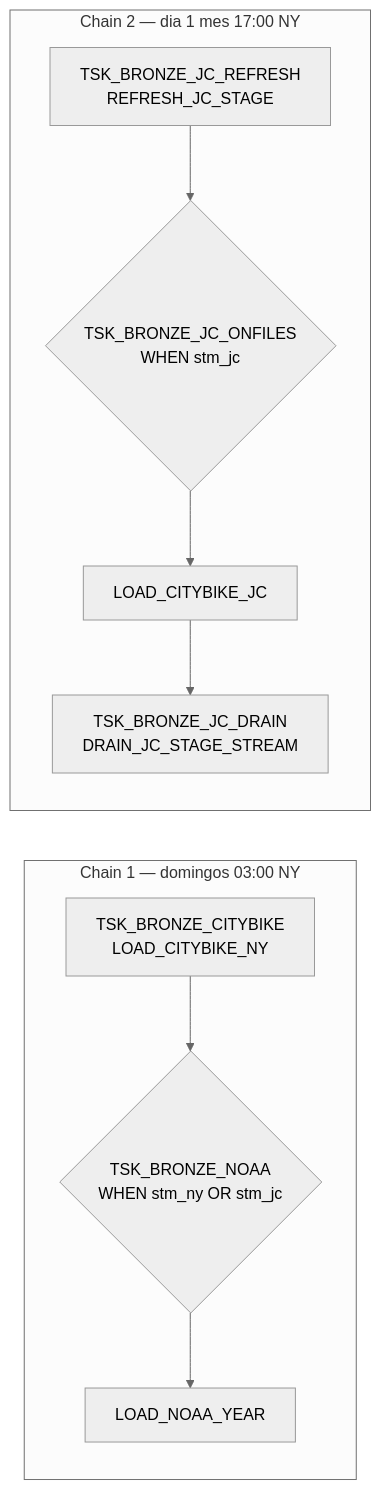
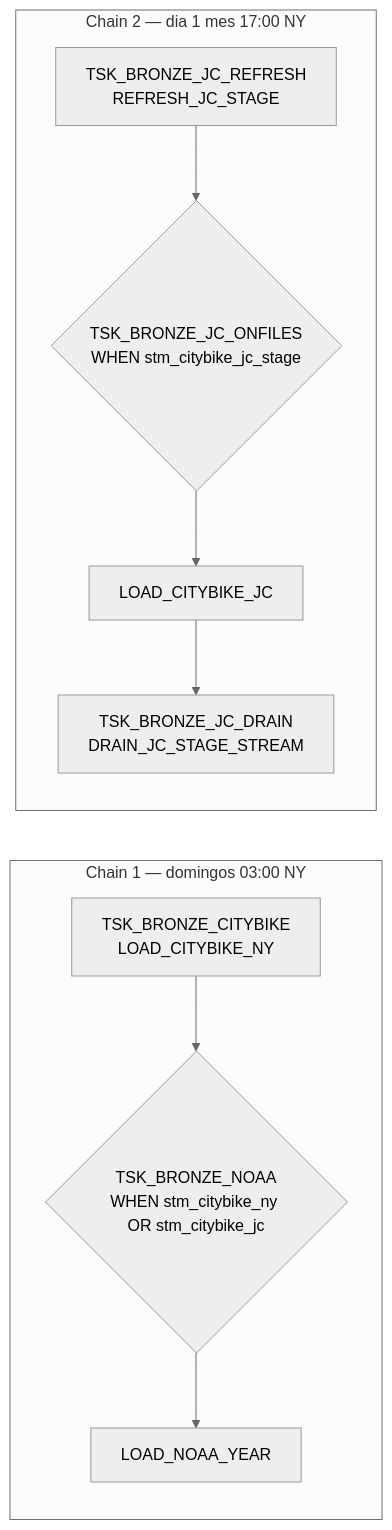
One commit to Rlizaran/Snowflake_proyect changed the second of 2 diagrams in README.md. Above: the diagram before and after it, drawn with Mermaid (neutral theme). The commit also changed other lines of this file and 7 other files, not shown here.

````diff
--- a/README.md
+++ b/README.md
@@ -74,13 +85,13 @@
 ```mermaid
 flowchart LR
     subgraph C1[Chain 1 — domingos 03:00 NY]
-        A1[TSK_BRONZE_CITYBIKE<br/>LOAD_CITYBIKE_NY] --> A2{TSK_BRONZE_NOAA<br/>WHEN stm_ny OR stm_jc}
+        A1[TSK_BRONZE_CITYBIKE<br/>LOAD_CITYBIKE_NY] --> A2{TSK_BRONZE_NOAA<br/>WHEN stm_citybike_ny OR stm_citybike_jc}
         A2 --> A3[LOAD_NOAA_YEAR]
     end
 
     subgraph C2[Chain 2 — dia 1 mes 17:00 NY]
-        B1[TSK_BRONZE_JC_REFRESH<br/>REFRESH_JC_STAGE] --> B2{TSK_BRONZE_JC_ONFILES<br/>WHEN stm_jc}
+        B1[TSK_BRONZE_JC_REFRESH<br/>REFRESH_JC_STAGE] --> B2{TSK_BRONZE_JC_ONFILES<br/>WHEN stm_citybike_jc_stage}
         B2 --> B3[LOAD_CITYBIKE_JC]
         B3 --> B4[TSK_BRONZE_JC_DRAIN<br/>DRAIN_JC_STAGE_STREAM]
     end
 ```
````
